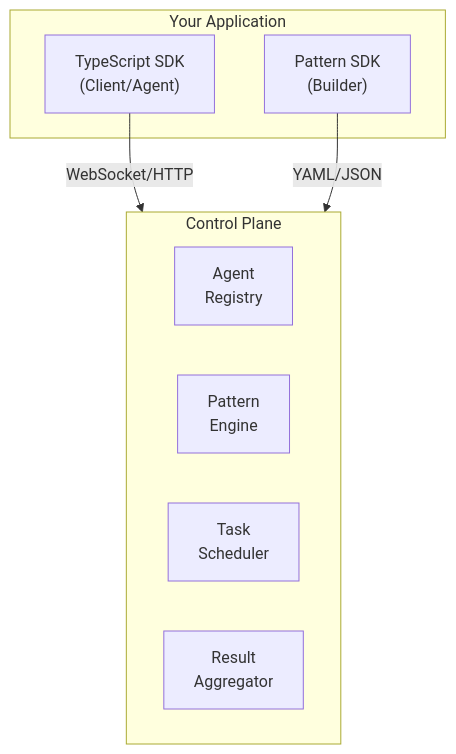
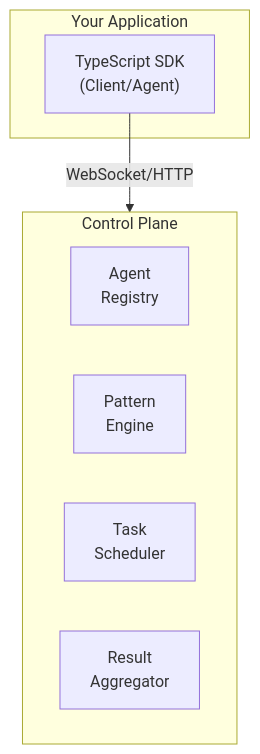
One commit to HaruHunab1320/parallax changed the diagram in apps/docs/docs/sdk/overview.md. Above: the diagram before and after it, drawn with Mermaid. The commit also changed other lines of this file and 33 other files, not shown here.

First line of the commit message:
docs: bring README, docs/, and docs site current with the architecture

````diff
--- a/apps/docs/docs/sdk/overview.md
+++ b/apps/docs/docs/sdk/overview.md
@@ -91,17 +72,15 @@
 ```mermaid
 flowchart TB
   subgraph App["Your Application"]
     TS["TypeScript SDK\n(Client/Agent)"]
-    PS["Pattern SDK\n(Builder)"]
   end
 
   subgraph Control["Control Plane"]
     AR["Agent\nRegistry"]
     PE["Pattern\nEngine"]
     TSched["Task\nScheduler"]
     RA["Result\nAggregator"]
   end
 
   TS -- "WebSocket/HTTP" --> Control
-  PS -- "YAML/JSON" --> Control
 ```
````
